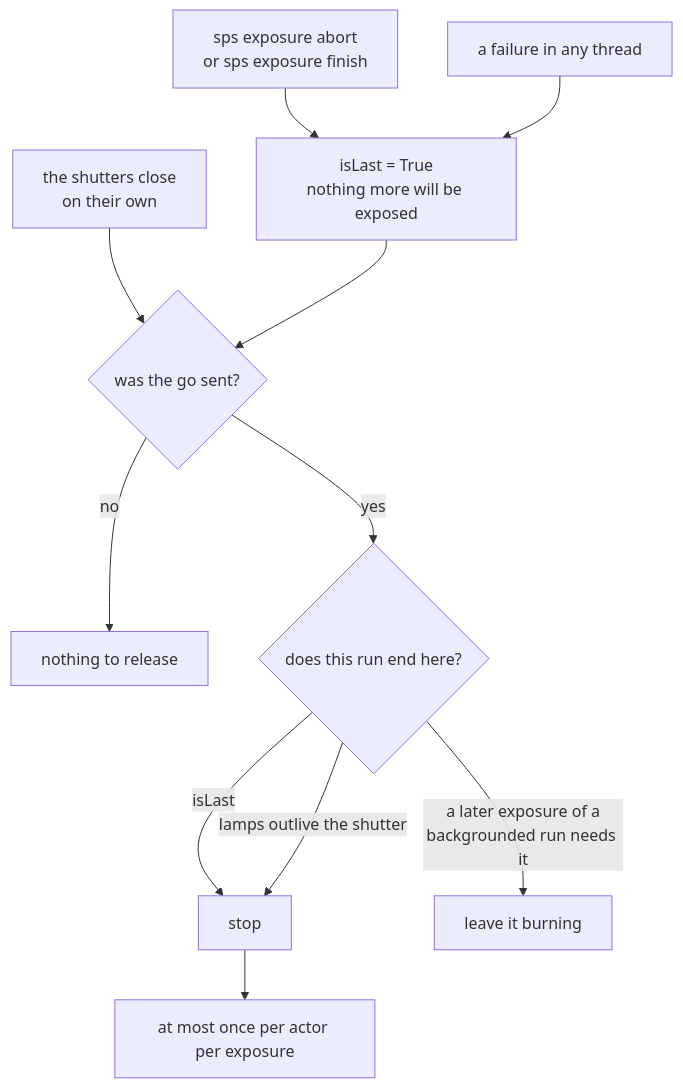
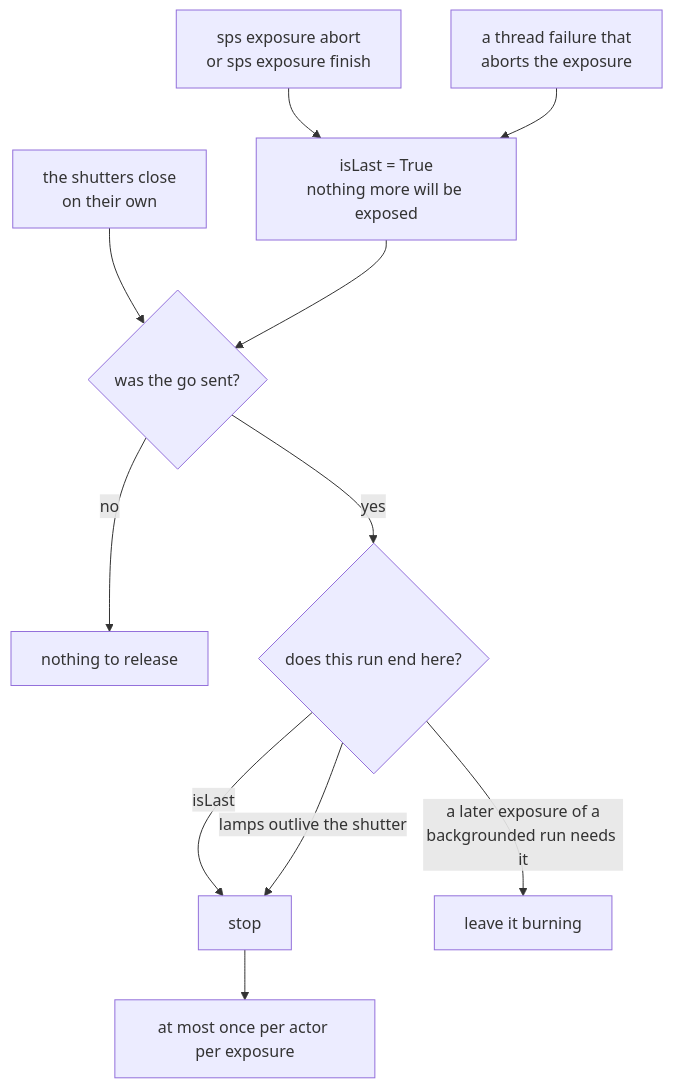
One commit to Subaru-PFS/ics_spsActor changed the seventh of 7 diagrams in docs/exposureWorkflow.md. Above: the diagram before and after it, drawn with Mermaid. The commit also changed other lines of this file and 3 other files, not shown here.

````diff
--- a/docs/exposureWorkflow.md
+++ b/docs/exposureWorkflow.md
@@ -286,16 +289,16 @@
 ```mermaid
 flowchart TD
     Close["the shutters close<br/>on their own"] --> Q1
     Ext["sps exposure abort<br/>or sps exposure finish"] --> Force
-    Fail["a failure in any thread"] --> Force
+    Fail["a thread failure that<br/>aborts the exposure"] --> Force
     Force["isLast = True<br/>nothing more will be exposed"] --> Q1
 
     Q1{"was the go sent?"} -->|"no"| Skip["nothing to release"]
     Q1 -->|"yes"| Q2{"does this run end here?"}
 
     Q2 -->|"isLast"| Send["stop"]
     Q2 -->|"lamps outlive the shutter"| Send
     Q2 -->|"a later exposure of a<br/>backgrounded run needs it"| Keep["leave it burning"]
 
     Send --> Latch["at most once per actor per exposure"]
 ```
````
